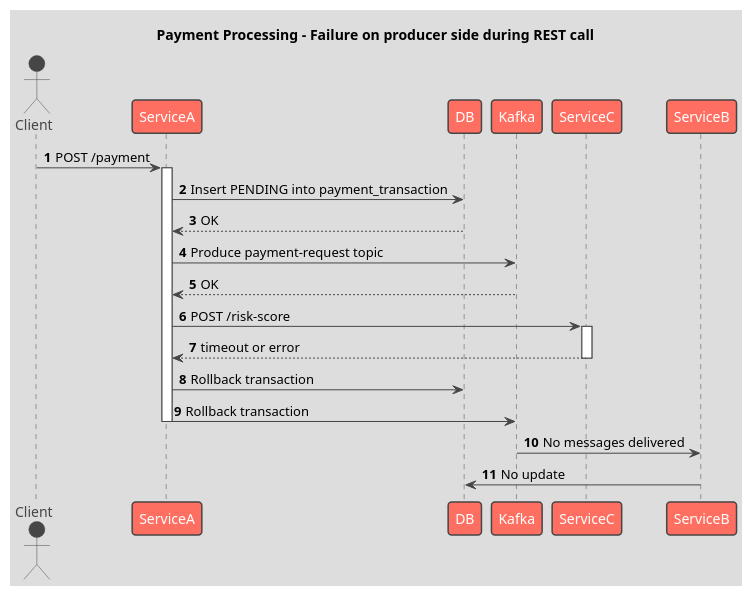
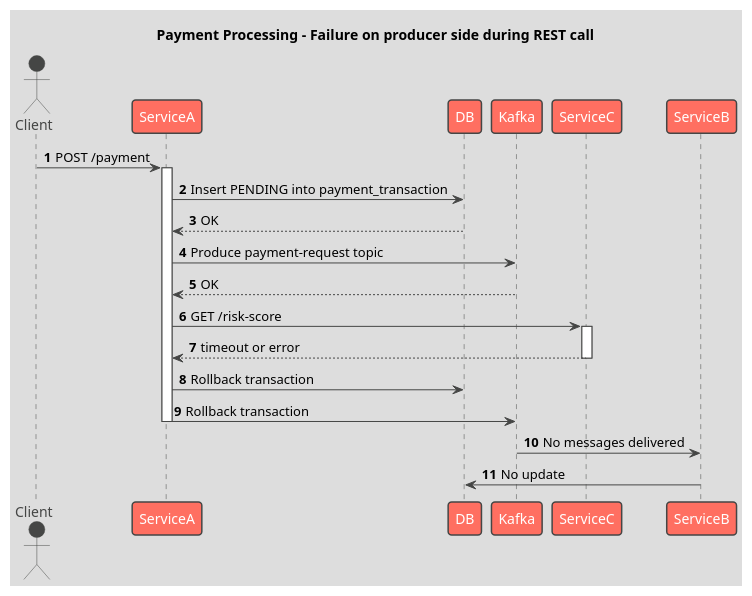
One commit to norulshahlam/spring-boot-kafka-tutorials changed the diagram in library-service-producer/src/main/resources/sad-flow.plantuml. Above: the diagram before and after it, drawn with PlantUML. The commit also changed 1 other file, not shown here.

```diff
--- a/library-service-producer/src/main/resources/sad-flow.plantuml
+++ b/library-service-producer/src/main/resources/sad-flow.plantuml
@@ -1,28 +1,28 @@
 @startuml
 !theme toy
 title Payment Processing - Failure on producer side during REST call
 autonumber
 actor Client
 
 Client -> ServiceA: POST /payment
 activate ServiceA
 
 ServiceA -> DB: Insert PENDING into payment_transaction
 DB --> ServiceA: OK
 
 ServiceA -> Kafka: Produce payment-request topic
 Kafka --> ServiceA: OK
 
-ServiceA -> ServiceC: POST /risk-score
+ServiceA -> ServiceC: GET /risk-score
 activate ServiceC
 ServiceC --> ServiceA: timeout or error
 deactivate ServiceC
 
 ServiceA -> DB: Rollback transaction
 ServiceA -> Kafka: Rollback transaction
 deactivate ServiceA
 
 Kafka -> ServiceB: No messages delivered
 ServiceB -> DB: No update
 
 @enduml
```
